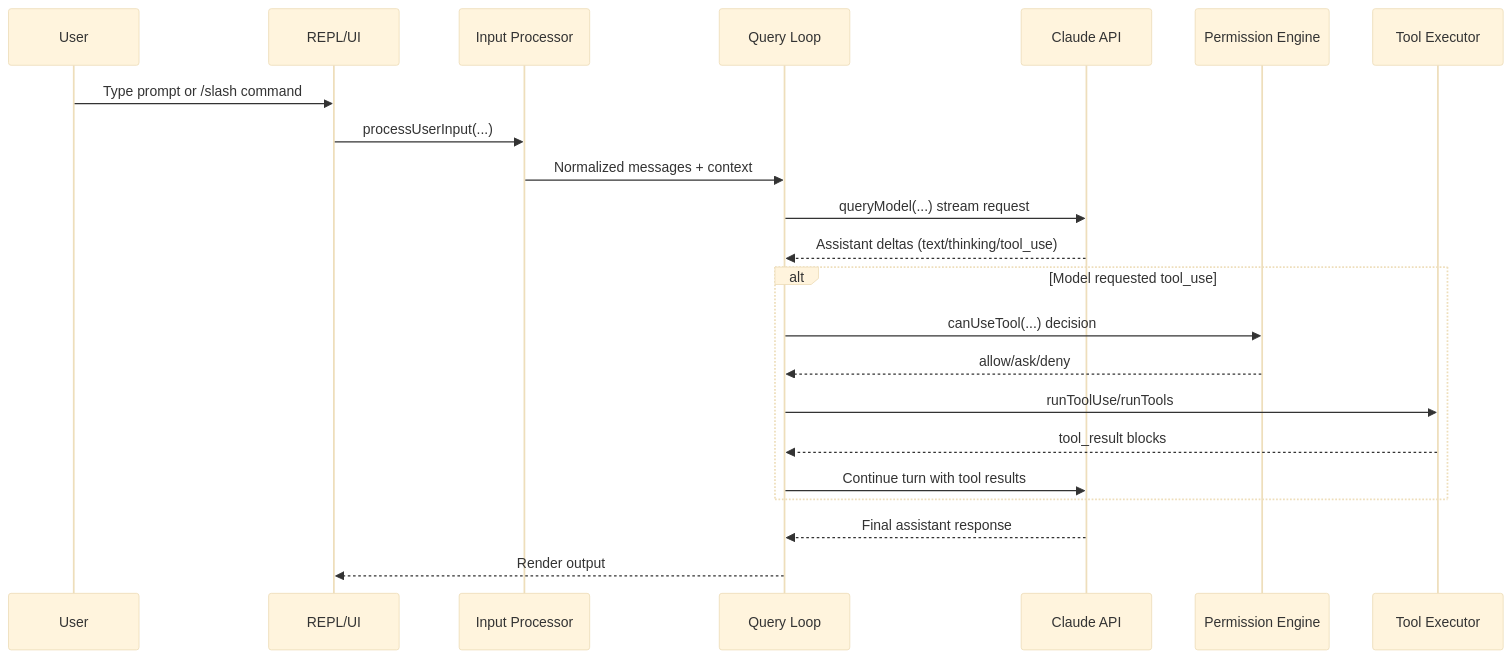
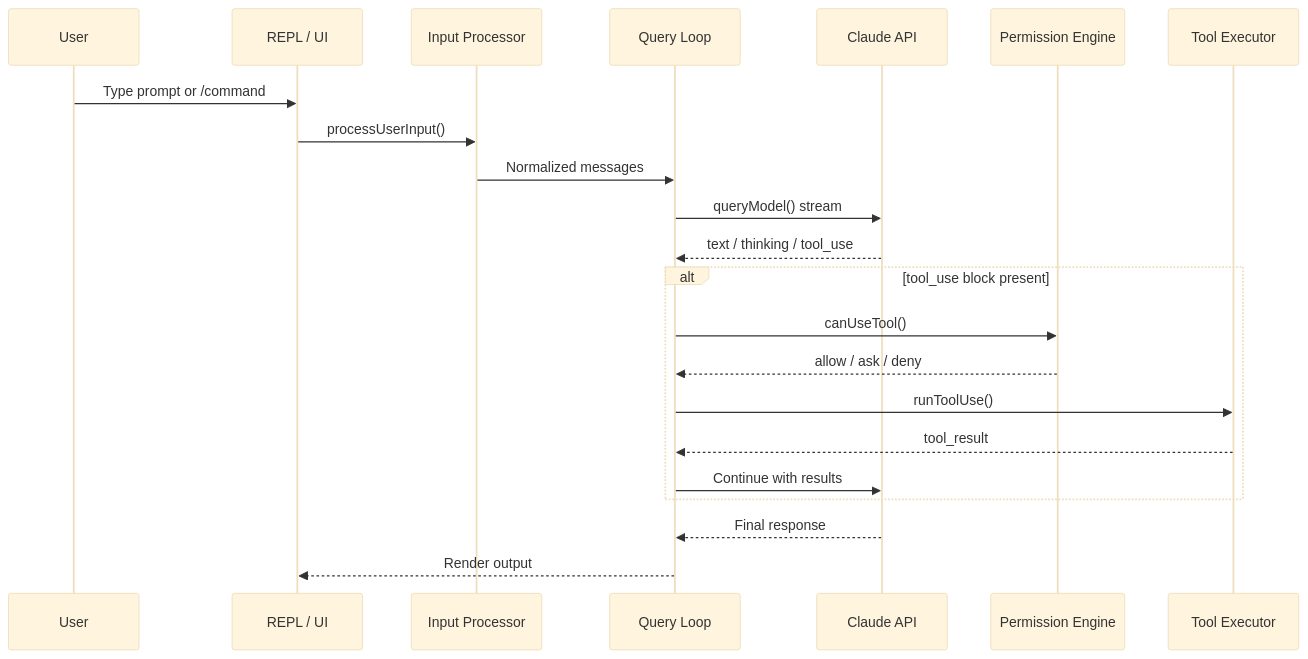
Before and after one commit to raphy78626/claude-code-source-architecture-guide: the second of 4 diagrams in docs/architecture/CLAUDE_CODE_ARCHITECTURE_EASY.md, drawn with Mermaid (base theme). The commit also changed other lines of this file and 4 other files, not shown here.

First line of the commit message:
docs: rewrite architecture guide for readability and clickable navigation

````diff
--- a/docs/architecture/CLAUDE_CODE_ARCHITECTURE_EASY.md
+++ b/docs/architecture/CLAUDE_CODE_ARCHITECTURE_EASY.md
@@ -85,25 +110,25 @@
 ```mermaid
 sequenceDiagram
     participant U as User
-    participant REPL as REPL/UI
+    participant REPL as REPL / UI
     participant Input as Input Processor
     participant Q as Query Loop
     participant API as Claude API
     participant PERM as Permission Engine
     participant TOOL as Tool Executor
 
-    U->>REPL: Type prompt or /slash command
-    REPL->>Input: processUserInput(...)
-    Input->>Q: Normalized messages + context
-    Q->>API: queryModel(...) stream request
-    API-->>Q: Assistant deltas (text/thinking/tool_use)
-    alt Model requested tool_use
-        Q->>PERM: canUseTool(...) decision
-        PERM-->>Q: allow/ask/deny
-        Q->>TOOL: runToolUse/runTools
-        TOOL-->>Q: tool_result blocks
-        Q->>API: Continue turn with tool results
+    U->>REPL: Type prompt or /command
+    REPL->>Input: processUserInput()
+    Input->>Q: Normalized messages
+    Q->>API: queryModel() stream
+    API-->>Q: text / thinking / tool_use
+    alt tool_use block present
+        Q->>PERM: canUseTool()
+        PERM-->>Q: allow / ask / deny
+        Q->>TOOL: runToolUse()
+        TOOL-->>Q: tool_result
+        Q->>API: Continue with results
     end
-    API-->>Q: Final assistant response
+    API-->>Q: Final response
     Q-->>REPL: Render output
 ```
````
